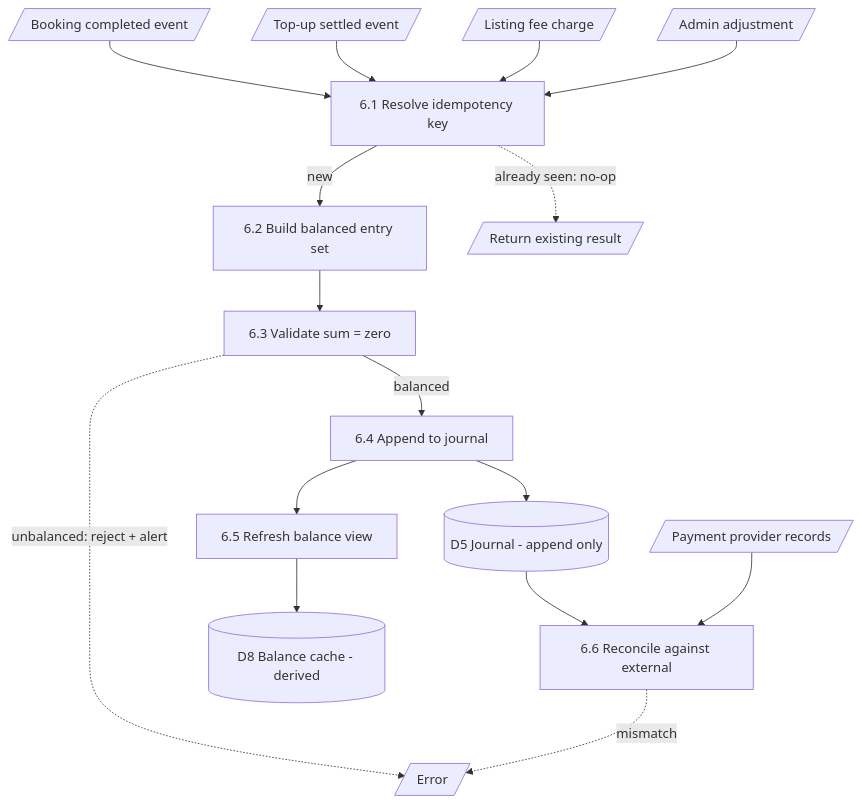
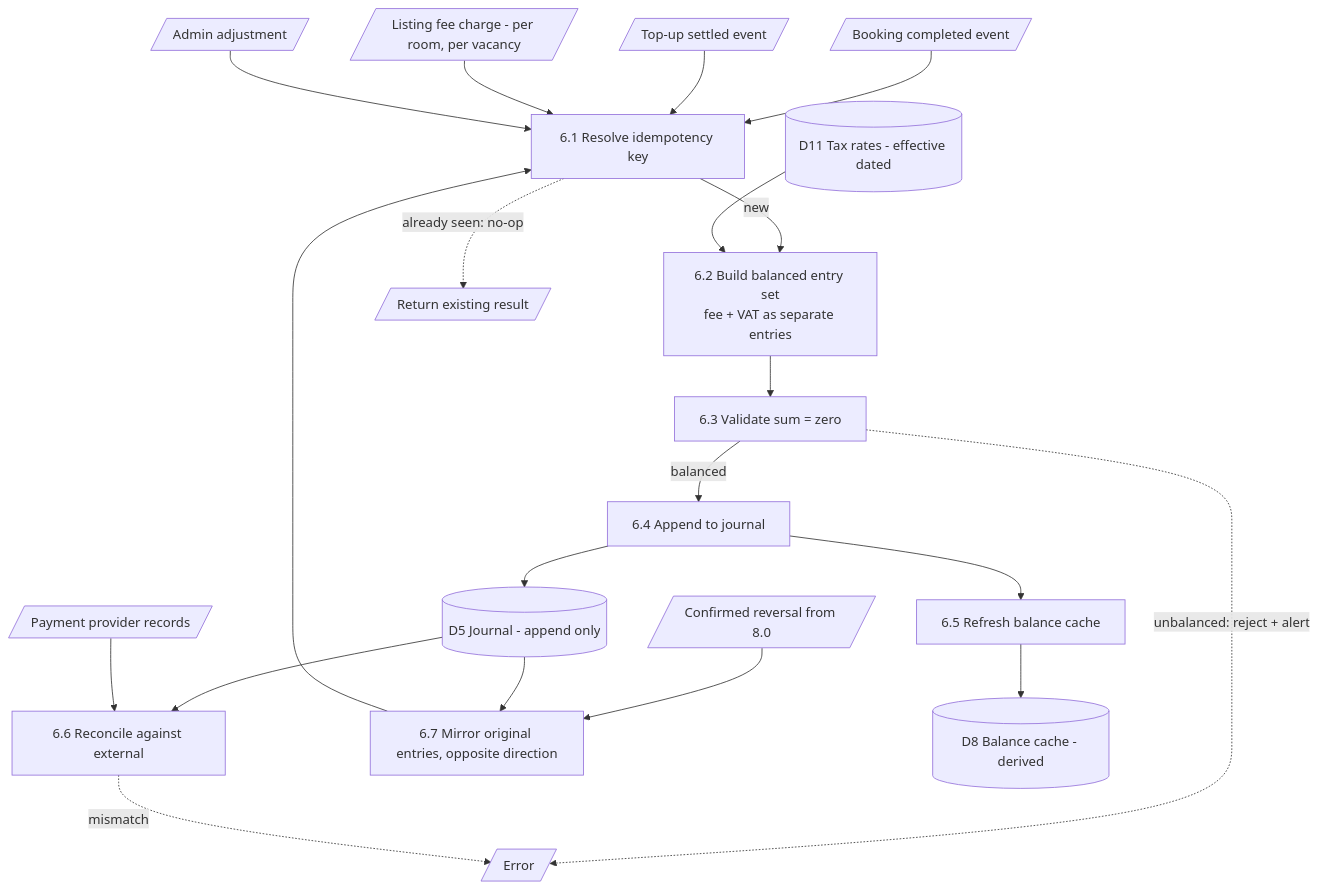
Before and after one commit to elmo365/ipelegeng: the third of 4 diagrams in docs/dfd.md, drawn with Mermaid. The commit also changed other lines of this file and 92 other files, not shown here.

````diff
--- a/docs/dfd.md
+++ b/docs/dfd.md
@@ -159,35 +227,42 @@
 ```mermaid
 flowchart TB
     IN1[/Booking completed event/]
     IN2[/Top-up settled event/]
-    IN3[/Listing fee charge/]
+    IN3[/Listing fee charge - per room, per vacancy/]
     IN4[/Admin adjustment/]
+    IN5[/Confirmed reversal from 8.0/]
 
     P61[6.1 Resolve idempotency key]
-    P62[6.2 Build balanced entry set]
+    P62[6.2 Build balanced entry set<br/>fee + VAT as separate entries]
     P63[6.3 Validate sum = zero]
     P64[6.4 Append to journal]
-    P65[6.5 Refresh balance view]
+    P65[6.5 Refresh balance cache]
     P66[6.6 Reconcile against external]
+    P67[6.7 Mirror original entries, opposite direction]
 
     D5[(D5 Journal - append only)]
     D8[(D8 Balance cache - derived)]
+    D11[(D11 Tax rates - effective dated)]
     EXT[/Payment provider records/]
 
     IN1 --> P61
     IN2 --> P61
     IN3 --> P61
     IN4 --> P61
+    IN5 --> P67
+    P67 --> P61
 
     P61 -->|new| P62
     P61 -.->|already seen: no-op| OUT2[/Return existing result/]
+    D11 --> P62
+    D5 --> P67
     P62 --> P63
     P63 -->|balanced| P64
     P63 -.->|unbalanced: reject + alert| ERR[/Error/]
     P64 --> D5
     P64 --> P65
     P65 --> D8
     D5 --> P66
     EXT --> P66
     P66 -.->|mismatch| ERR
 ```
````
